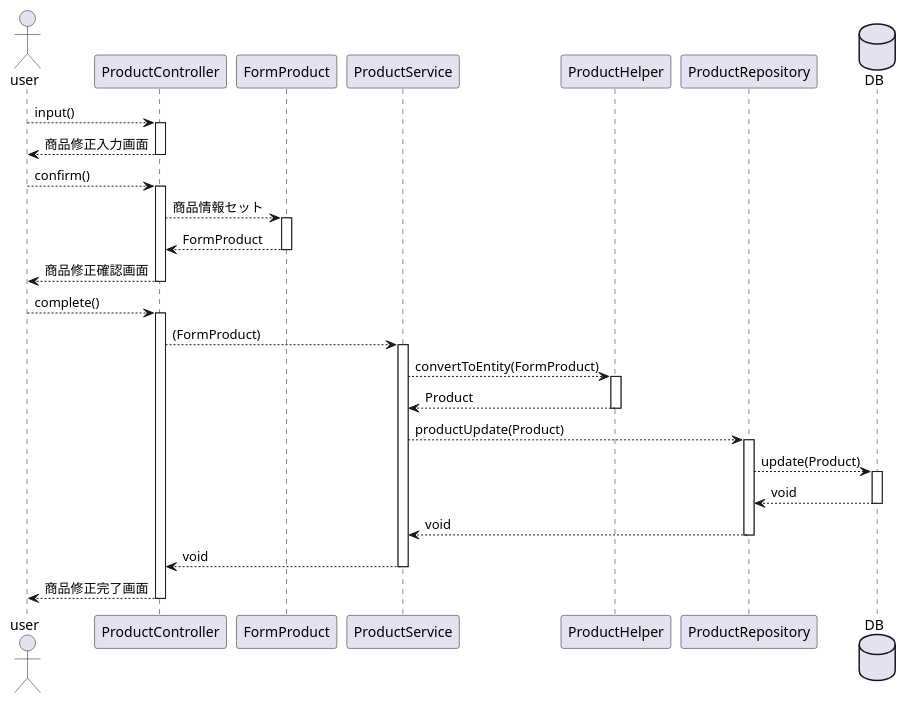
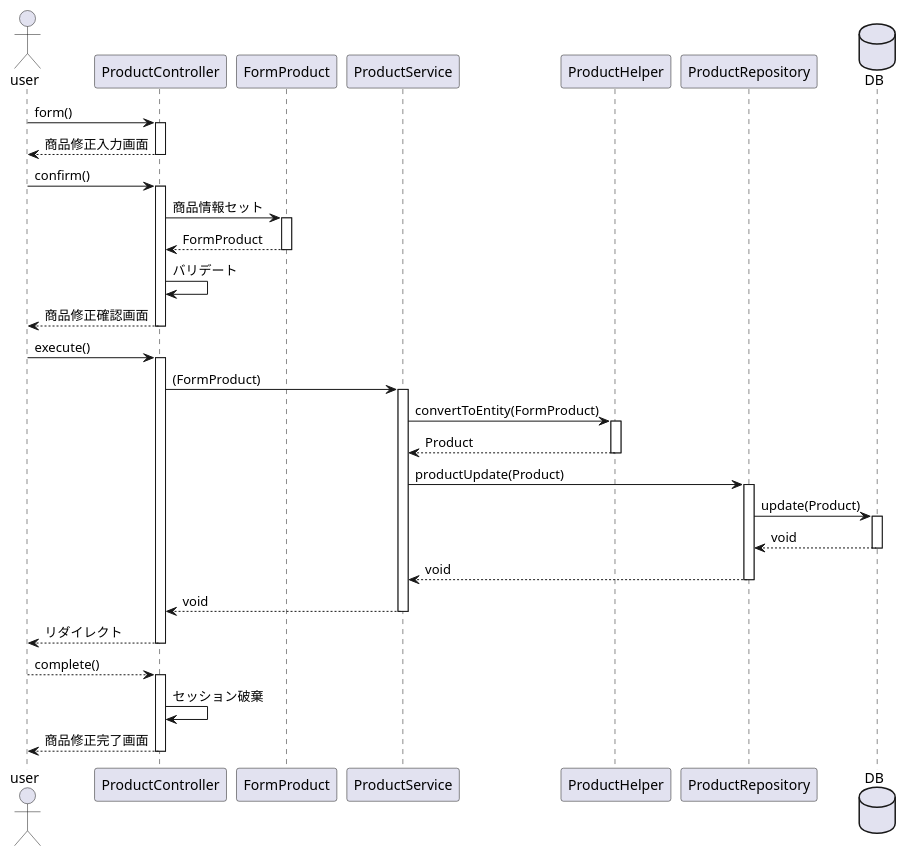
One commit to kanavii3333/ec-b changed the diagram in plan/uml/sequence/uc012.plantuml. Above: the diagram before and after it, drawn with PlantUML.

Commit message:
シーケンス図UC012

```diff
--- a/plan/uml/sequence/uc012.plantuml
+++ b/plan/uml/sequence/uc012.plantuml
@@ -1,28 +1,32 @@
 @startuml
 
 actor user
 participant ProductController as Controller
 participant FormProduct as Form
 participant ProductService as Service
 participant ProductHelper as Helper
 participant ProductRepository as Repository
 database DB
 
 
-user --> Controller++:input()
+user -> Controller++:form()
 user <-- Controller--:商品修正入力画面
-user --> Controller++:confirm()
-Controller --> Form++:商品情報セット
+user -> Controller++:confirm()
+Controller -> Form++:商品情報セット
 Controller <-- Form--:FormProduct
+Controller -> Controller:バリデート
 user <-- Controller--:商品修正確認画面
-user --> Controller++:complete()
-Controller --> Service++:(FormProduct)
-Service --> Helper++:convertToEntity(FormProduct)
+user -> Controller++:execute()
+Controller -> Service++:(FormProduct)
+Service -> Helper++:convertToEntity(FormProduct)
 Service <-- Helper--:Product
-Service --> Repository++:productUpdate(Product)
-Repository --> DB++:update(Product)
+Service -> Repository++:productUpdate(Product)
+Repository -> DB++:update(Product)
 Repository <-- DB--:void
 Service <-- Repository--:void
 Controller <-- Service--:void
+user <-- Controller--:リダイレクト
+user --> Controller++:complete()
+Controller -> Controller:セッション破棄
 user <-- Controller--:商品修正完了画面
 @enduml
```
